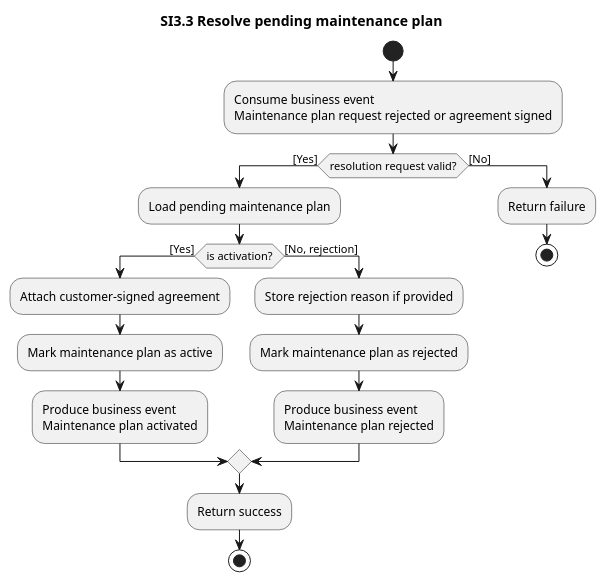
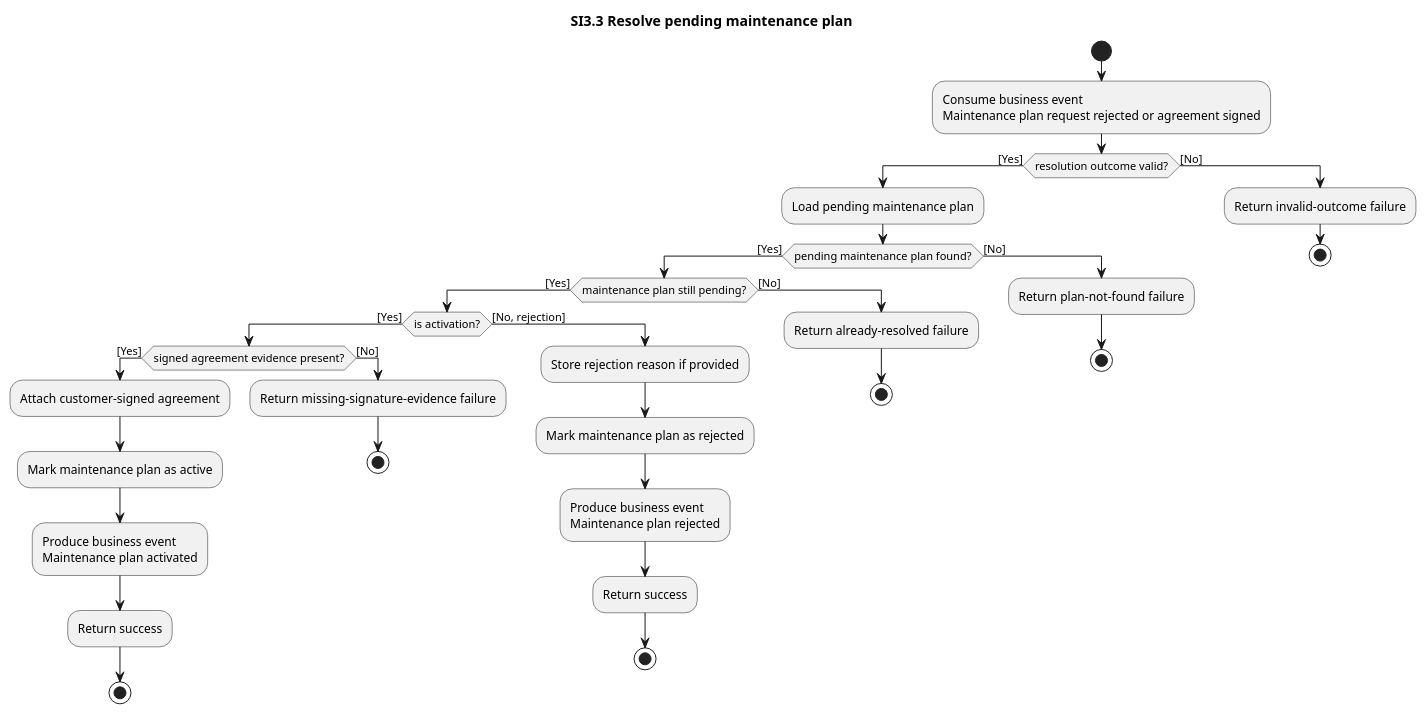
One commit to ottolote/fixme changed the diagram in docs/business/system-interactions/diagrams/si3.3-resolve-pending-maintenance-plan.pu. Above: the diagram before and after it, drawn with PlantUML. The commit also changed 33 other files, not shown here.

Commit message:
add all conditionals etc to system interaction diagrams

```diff
--- a/docs/business/system-interactions/diagrams/si3.3-resolve-pending-maintenance-plan.pu
+++ b/docs/business/system-interactions/diagrams/si3.3-resolve-pending-maintenance-plan.pu
@@ -1,28 +1,45 @@
 @startuml si3.3-resolve-pending-maintenance-plan
 title SI3.3 Resolve pending maintenance plan
 
 start
 :Consume business event
 Maintenance plan request rejected or agreement signed;
 
-if (resolution request valid?) then ([Yes])
+if (resolution outcome valid?) then ([Yes])
   :Load pending maintenance plan;
-  if (is activation?) then ([Yes])
-    :Attach customer-signed agreement;
-    :Mark maintenance plan as active;
-    :Produce business event
+  if (pending maintenance plan found?) then ([Yes])
+    if (maintenance plan still pending?) then ([Yes])
+      if (is activation?) then ([Yes])
+        if (signed agreement evidence present?) then ([Yes])
+          :Attach customer-signed agreement;
+          :Mark maintenance plan as active;
+          :Produce business event
 Maintenance plan activated;
-  else ([No, rejection])
-    :Store rejection reason if provided;
-    :Mark maintenance plan as rejected;
-    :Produce business event
+          :Return success;
+          stop
+        else ([No])
+          :Return missing-signature-evidence failure;
+          stop
+        endif
+      else ([No, rejection])
+        :Store rejection reason if provided;
+        :Mark maintenance plan as rejected;
+        :Produce business event
 Maintenance plan rejected;
+        :Return success;
+        stop
+      endif
+    else ([No])
+      :Return already-resolved failure;
+      stop
+    endif
+  else ([No])
+    :Return plan-not-found failure;
+    stop
   endif
-  :Return success;
-  stop
 else ([No])
-  :Return failure;
+  :Return invalid-outcome failure;
   stop
 endif
 
 @enduml
```
